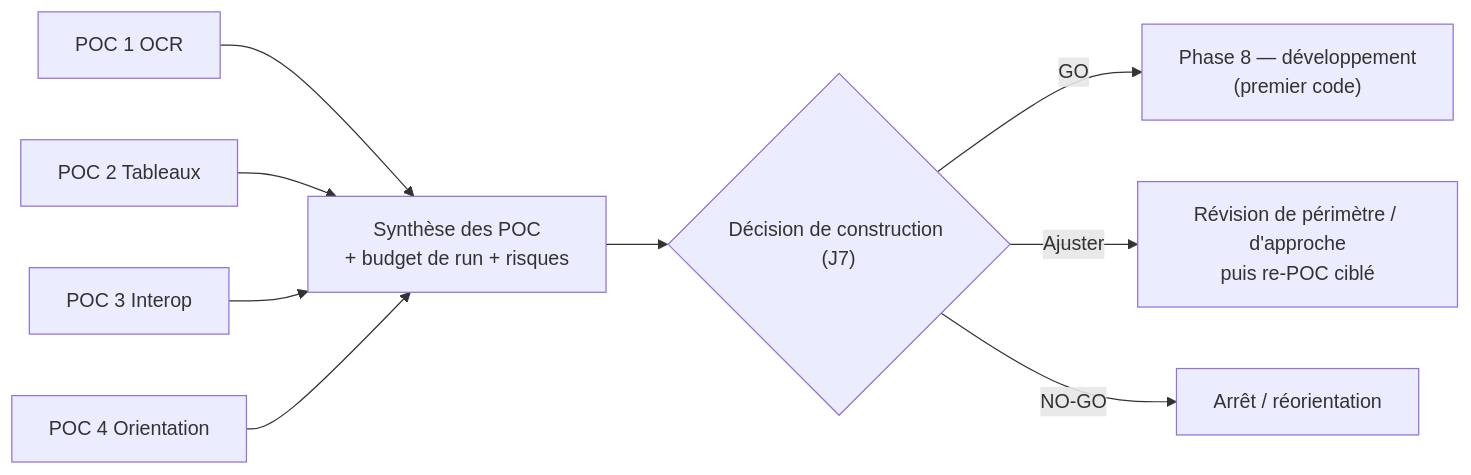
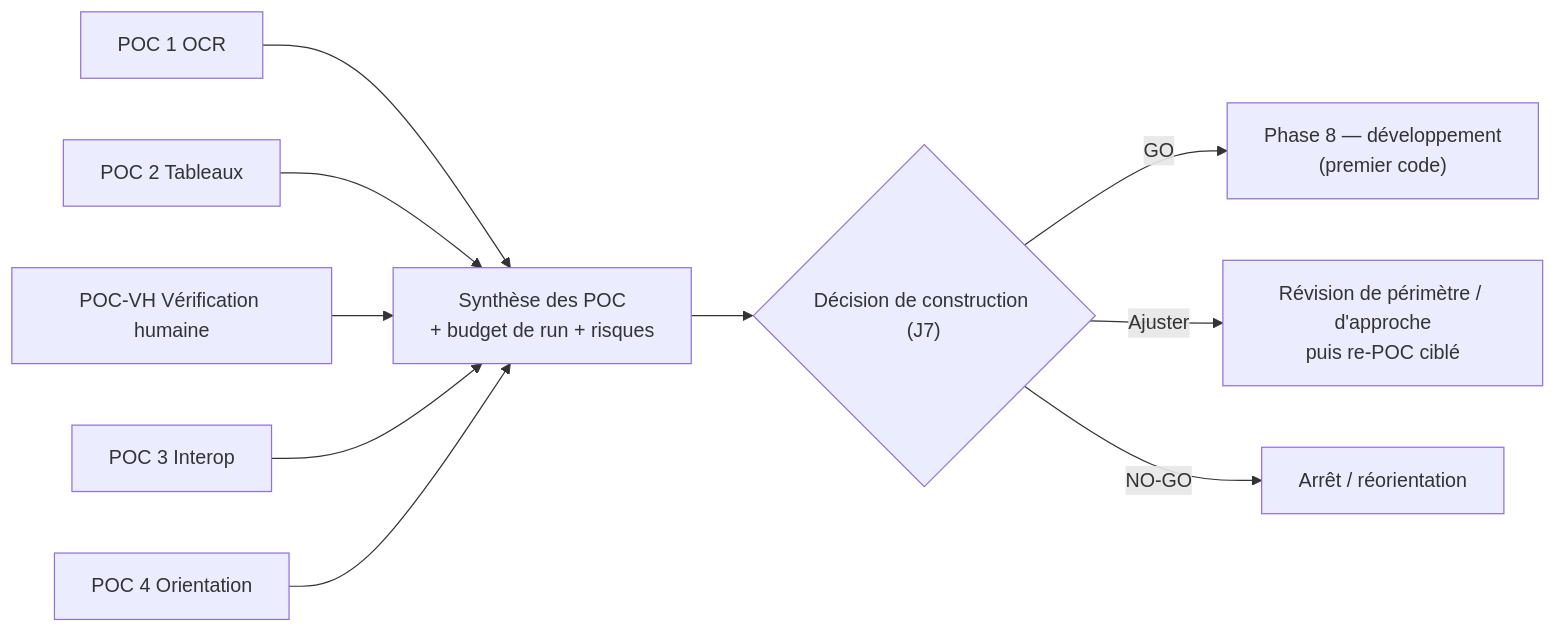
One commit to MrCase014/BuildNote changed the diagram in docs/12-poc/plans-poc.md. Above: the diagram before and after it, drawn with Mermaid. The commit also changed other lines of this file and 61 other files, not shown here.

````diff
--- a/docs/12-poc/plans-poc.md
+++ b/docs/12-poc/plans-poc.md
@@ -70,11 +87,12 @@
 ```mermaid
 flowchart LR
     P1["POC 1 OCR"] --> S
     P2["POC 2 Tableaux"] --> S
+    PVH["POC-VH Vérification humaine"] --> S
     P3["POC 3 Interop"] --> S
     P4["POC 4 Orientation"] --> S
     S["Synthèse des POC\n+ budget de run + risques"] --> D{"Décision de construction (J7)"}
     D -->|GO| BUILD["Phase 8 — développement\n(premier code)"]
     D -->|Ajuster| ADJ["Révision de périmètre / d'approche\npuis re-POC ciblé"]
     D -->|NO-GO| STOP["Arrêt / réorientation"]
 ```
````
